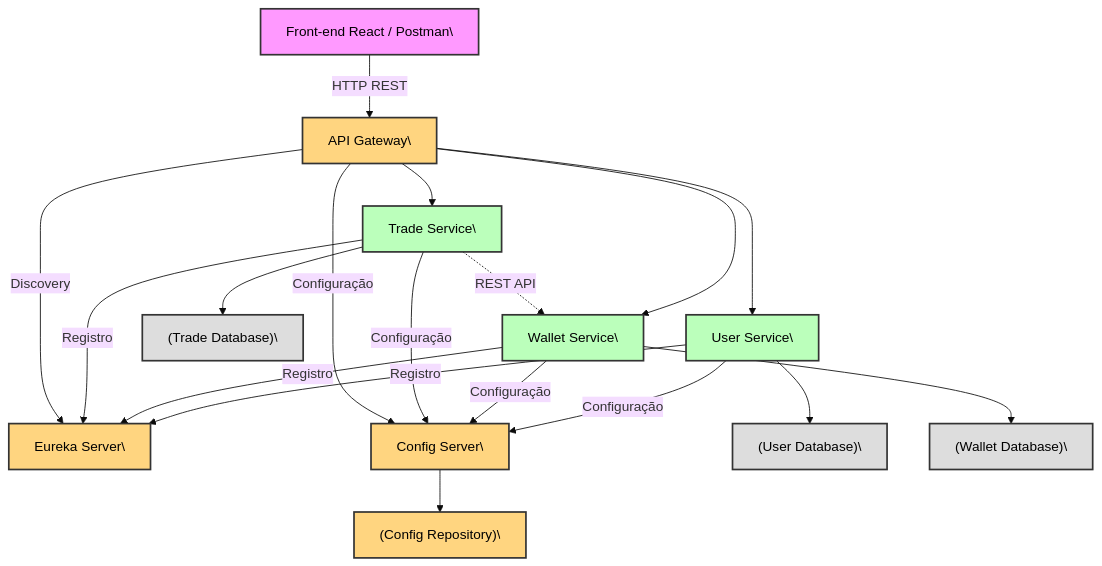
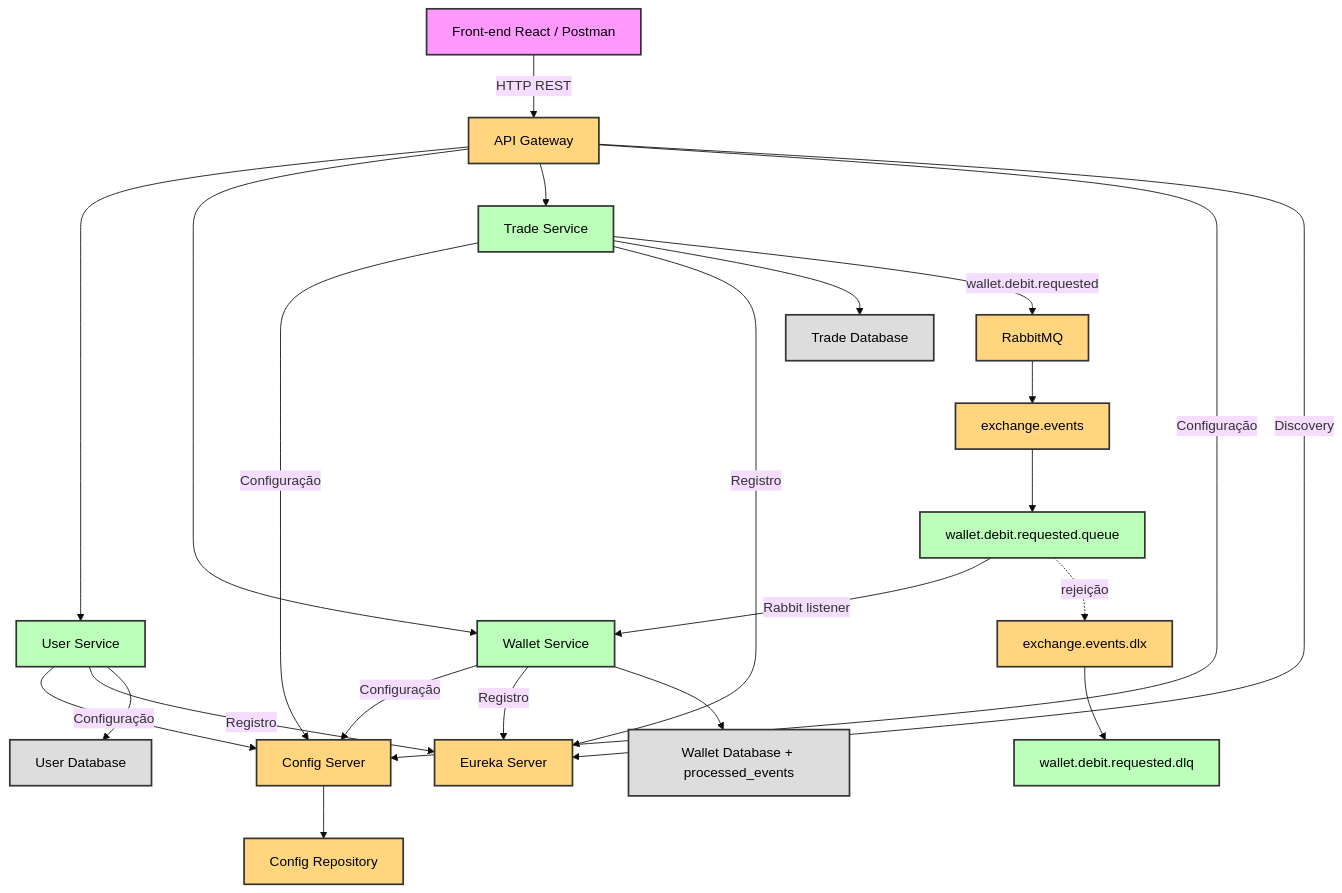
Before and after one commit to leonardo-muniz/ese-pb-2026: the second of 3 diagrams in README.md, drawn with Mermaid (base theme). The commit also changed other lines of this file, not shown here.

Commit message:
feat: update README to reflect event-driven architecture and RabbitMQ integration for wallet transactions

````diff
--- a/README.md
+++ b/README.md
@@ -164,46 +219,57 @@
 ```mermaid
 graph TD
-    classDef client fill:#f9f,stroke:#333,stroke-width:2px,color:#000;
-    classDef infra fill:#ffd580,stroke:#333,stroke-width:2px,color:#000;
-    classDef service fill:#bfb,stroke:#333,stroke-width:2px,color:#000;
-    classDef database fill:#ddd,stroke:#333,stroke-width:2px,color:#000;
+    classDef client fill:#f9f,stroke:#333,stroke-width:2px,color:#000
+    classDef infra fill:#ffd580,stroke:#333,stroke-width:2px,color:#000
+    classDef service fill:#bfb,stroke:#333,stroke-width:2px,color:#000
+    classDef database fill:#ddd,stroke:#333,stroke-width:2px,color:#000
 
-    Client[Front-end React / Postman\]:::client
+    Client["Front-end React / Postman"]:::client
 
-    Gateway[API Gateway\]:::infra
-    Eureka[Eureka Server\]:::infra
-    Config[Config Server\]:::infra
-    Repo["(Config Repository)\"]:::infra
+    Gateway["API Gateway"]:::infra
+    Eureka["Eureka Server"]:::infra
+    Config["Config Server"]:::infra
+    Repo["Config Repository"]:::infra
 
-    UserService[User Service\]:::service
-    WalletService[Wallet Service\]:::service
-    TradeService[Trade Service\]:::service
+    UserService["User Service"]:::service
+    WalletService["Wallet Service"]:::service
+    TradeService["Trade Service"]:::service
 
-    UserDB["(User Database)\"]:::database
-    WalletDB["(Wallet Database)\"]:::database
-    TradeDB["(Trade Database)\"]:::database
+    UserDB["User Database"]:::database
+    WalletDB["Wallet Database + processed_events"]:::database
+    TradeDB["Trade Database"]:::database
+
+    Rabbit["RabbitMQ"]:::infra
+    Events["exchange.events"]:::infra
+    DebitQueue["wallet.debit.requested.queue"]:::service
+    DeadLetter["exchange.events.dlx"]:::infra
+    DeadQueue["wallet.debit.requested.dlq"]:::service
 
     Client -->|HTTP REST| Gateway
 
     Gateway --> UserService
     Gateway --> WalletService
     Gateway --> TradeService
 
     Config --> Repo
 
     UserService -->|Configuração| Config
     WalletService -->|Configuração| Config
     TradeService -->|Configuração| Config
     Gateway -->|Configuração| Config
 
     UserService -->|Registro| Eureka
     WalletService -->|Registro| Eureka
     TradeService -->|Registro| Eureka
     Gateway -->|Discovery| Eureka
 
     UserService --> UserDB
     WalletService --> WalletDB
     TradeService --> TradeDB
 
-    TradeService -.->|REST API| WalletService
+    TradeService -->|wallet.debit.requested| Rabbit
+    Rabbit --> Events
+    Events --> DebitQueue
+    DebitQueue -->|Rabbit listener| WalletService
+    DebitQueue -.->|rejeição| DeadLetter
+    DeadLetter --> DeadQueue
 ```
````
